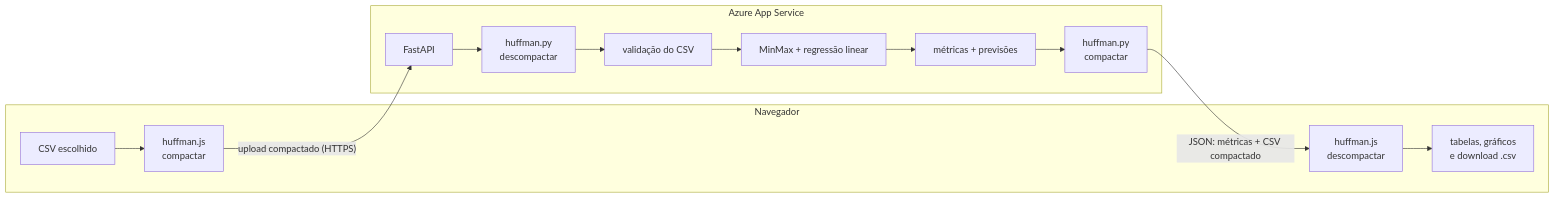
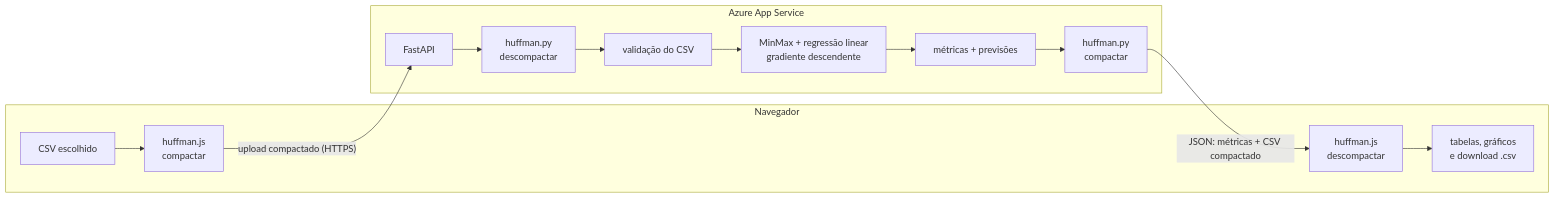
Before and after one commit to ViniciusPinheiroLivinalli/regressao-linear-nuvem: the diagram in README.md, drawn with Mermaid. The commit also changed other lines of this file, not shown here.

````diff
--- a/README.md
+++ b/README.md
@@ -42,16 +45,16 @@
 ```mermaid
 flowchart LR
     subgraph Navegador
         A[CSV escolhido] --> B[huffman.js<br/>compactar]
         J[huffman.js<br/>descompactar] --> K[tabelas, gráficos<br/>e download .csv]
     end
     subgraph Azure App Service
         C[FastAPI] --> D[huffman.py<br/>descompactar]
         D --> E[validação do CSV]
-        E --> F[MinMax + regressão linear]
+        E --> F[MinMax + regressão linear<br/>gradiente descendente]
         F --> G[métricas + previsões]
         G --> H[huffman.py<br/>compactar]
     end
     B -- "upload compactado (HTTPS)" --> C
     H -- "JSON: métricas + CSV compactado" --> J
 ```
````
